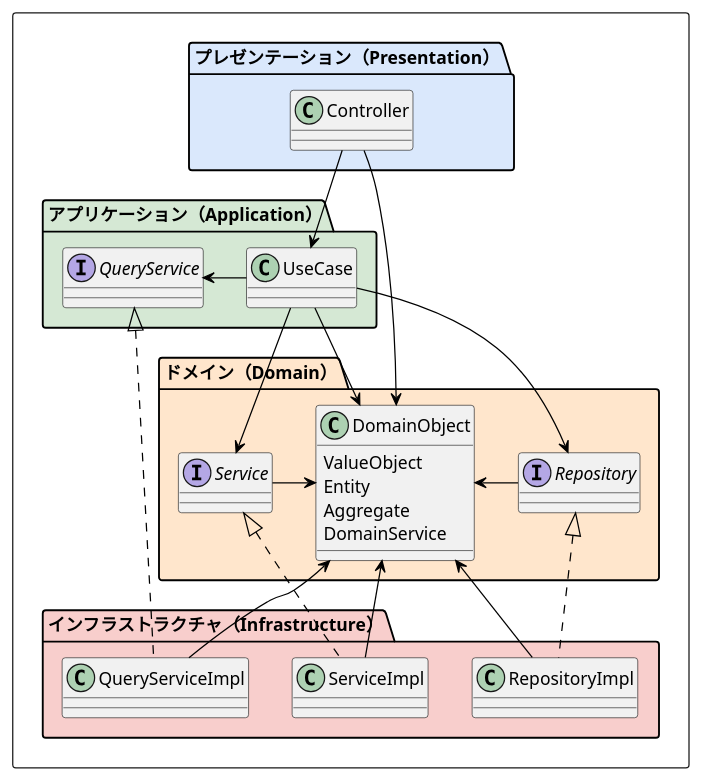
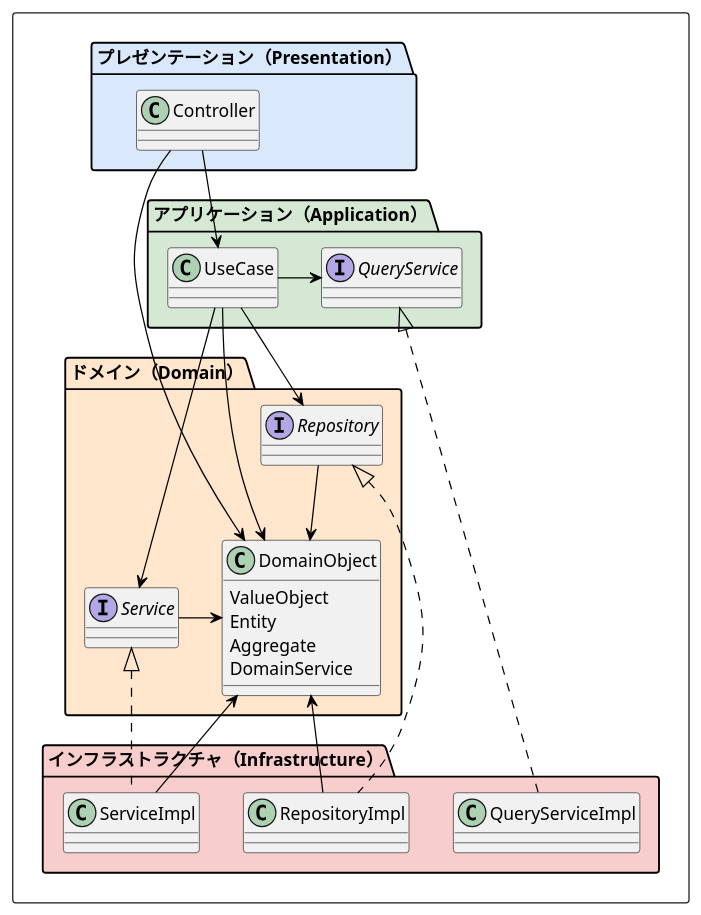
One commit to TakashiOnawa/ddd-architecture changed the diagram in diagrams/LayerStructure_TypicalClass.pu. Above: the diagram before and after it, drawn with PlantUML. The commit also changed 2 other files, not shown here.

```diff
--- a/diagrams/LayerStructure_TypicalClass.pu
+++ b/diagrams/LayerStructure_TypicalClass.pu
@@ -1,55 +1,54 @@
 @startuml LayerStructure_TypicalClass
 
 skinparam sequence {
     ArrowColor #Black
 }
 skinparam NoteBorderColor #Black
 
 rectangle {
     package "プレゼンテーション（Presentation）" as Presentation #dae8fc {
         class Controller
     }
 
     package "アプリケーション（Application）" as Application #d5e8d4 {
         class UseCase
         interface QueryService
     }
 
     package "ドメイン（Domain）" as Domain #ffe6cc {
         class DomainObject {
             ValueObject
             Entity
             Aggregate
             DomainService
         }
         interface Repository
         interface Service
     }
 
     package "インフラストラクチャ（Infrastructure）" as Infrastructure #f8cecc {
         class RepositoryImpl
         class ServiceImpl
         class QueryServiceImpl
     }
 
     Controller --> UseCase
     Controller --> DomainObject
 
-    UseCase -> QueryService
     UseCase --> DomainObject
     UseCase --> Repository
     UseCase --> Service
+    UseCase -> QueryService
 
     RepositoryImpl .up.|> Repository
     ServiceImpl .up.|> Service
     QueryServiceImpl .up.|> QueryService
 
-    Repository -> DomainObject
+    Repository --> DomainObject
     Service -> DomainObject
 
     RepositoryImpl -up-> DomainObject
     ServiceImpl -up-> DomainObject
-    QueryServiceImpl -up-> DomainObject
 }
 
 @enduml
```
